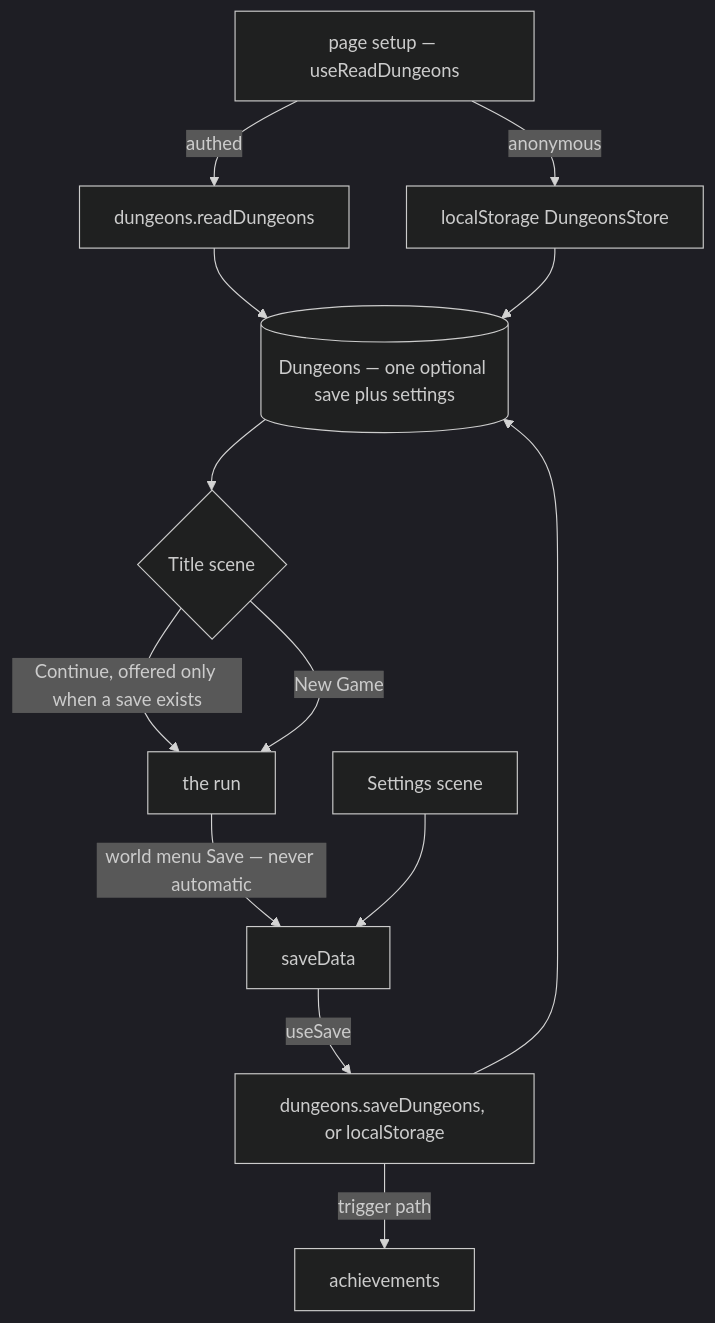
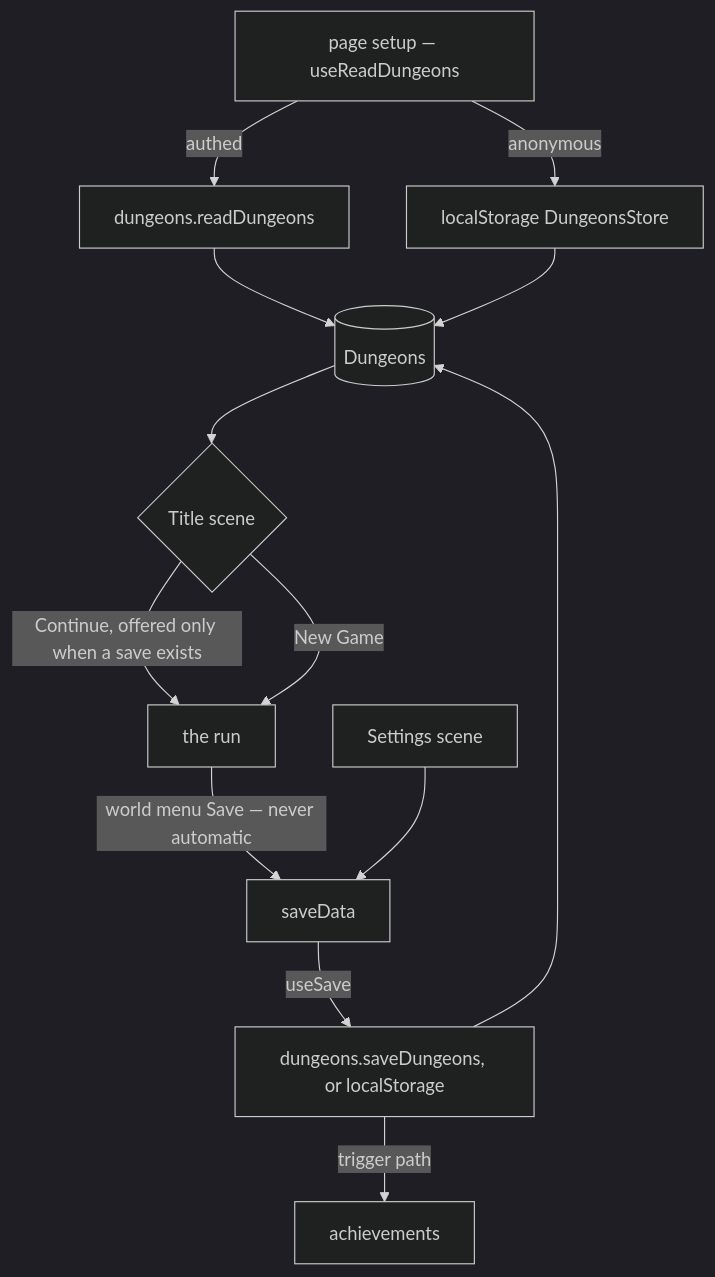
One commit to Esposter/Esposter changed the diagram in openspec/specs/dungeons/saves-and-settings/design.md. Above: the diagram before and after it, drawn with Mermaid (dark theme). The commit also changed other lines of this file and 6 other files, not shown here.

````diff
--- a/openspec/specs/dungeons/saves-and-settings/design.md
+++ b/openspec/specs/dungeons/saves-and-settings/design.md
@@ -7,15 +7,15 @@
 ```mermaid
 flowchart TD
   setup["page setup — useReadDungeons"] -->|"authed"| readBlob["dungeons.readDungeons"]
   setup -->|"anonymous"| readLocal["localStorage DungeonsStore"]
-  readBlob --> entity[("Dungeons — one optional save plus settings")]
+  readBlob --> entity[("Dungeons")]
   readLocal --> entity
   entity --> titleScene{"Title scene"}
   titleScene -->|"Continue, offered only when a save exists"| run["the run"]
   titleScene -->|"New Game"| run
   run -->|"world menu Save — never automatic"| saveData["saveData"]
   settingsScene["Settings scene"] --> saveData
   saveData -->|"useSave"| write["dungeons.saveDungeons, or localStorage"]
   write --> entity
   write -->|"trigger path"| achievements["achievements"]
 ```
````
